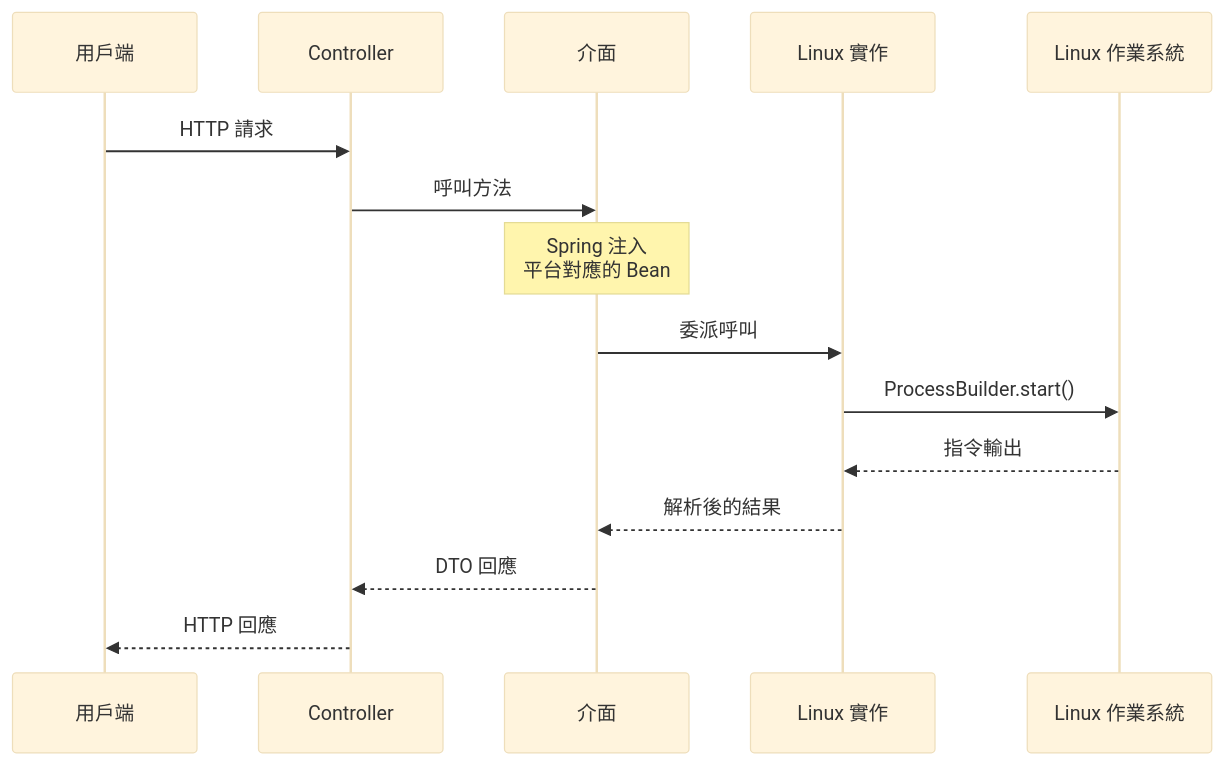
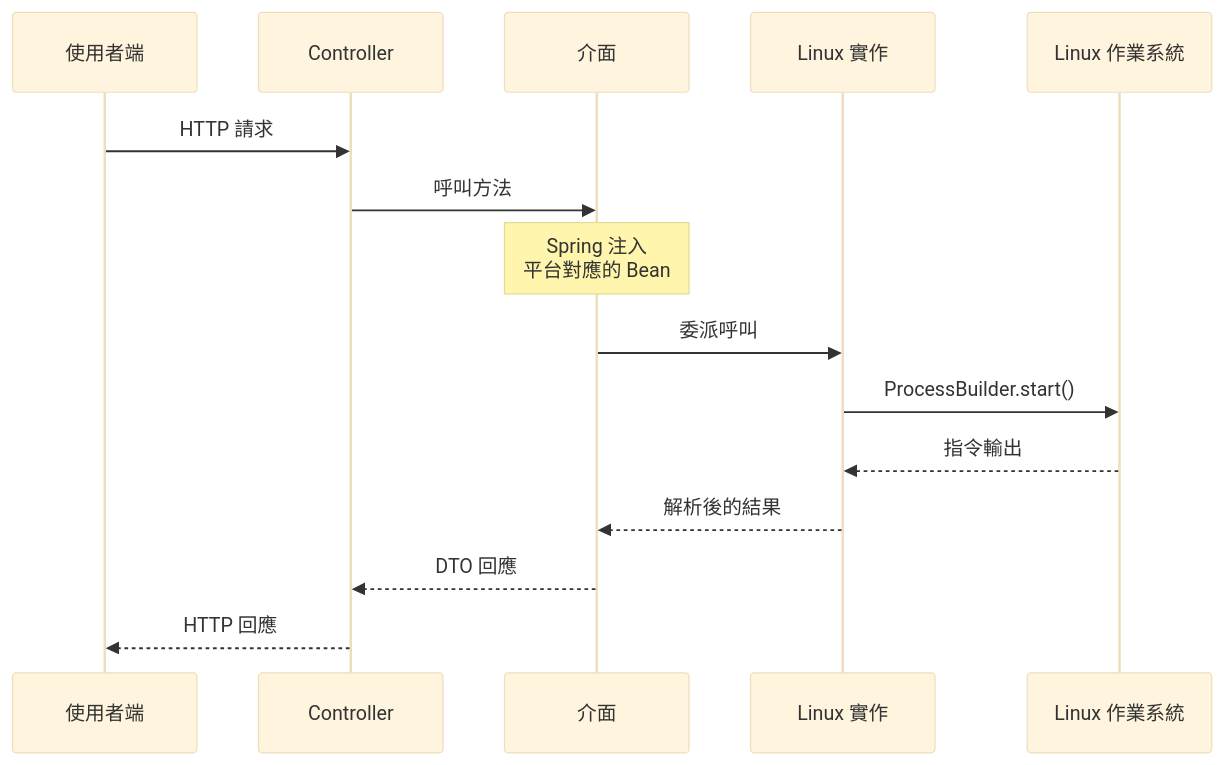
One commit to KoukeNeko/Hashi changed the second of 3 diagrams in docs/platform-strategy-guide.md. Above: the diagram before and after it, drawn with Mermaid (base theme). The commit also changed 1 other file, not shown here.

Commit message:
style: update comment wording for clarity and reformat conditional CSS class assignments in UfwPanel.tsx

````diff
--- a/docs/platform-strategy-guide.md
+++ b/docs/platform-strategy-guide.md
@@ -77,18 +77,18 @@
 ```mermaid
 sequenceDiagram
-    participant Client as 用戶端
+    participant Client as 使用者端
     participant Controller as Controller
     participant Interface as 介面
     participant LinuxImpl as Linux 實作
     participant OS as Linux 作業系統
     
     Client->>Controller: HTTP 請求
     Controller->>Interface: 呼叫方法
     Note over Interface: Spring 注入<br/>平台對應的 Bean
     Interface->>LinuxImpl: 委派呼叫
     LinuxImpl->>OS: ProcessBuilder.start()
     OS-->>LinuxImpl: 指令輸出
     LinuxImpl-->>Interface: 解析後的結果
     Interface-->>Controller: DTO 回應
     Controller-->>Client: HTTP 回應
 ```
````
